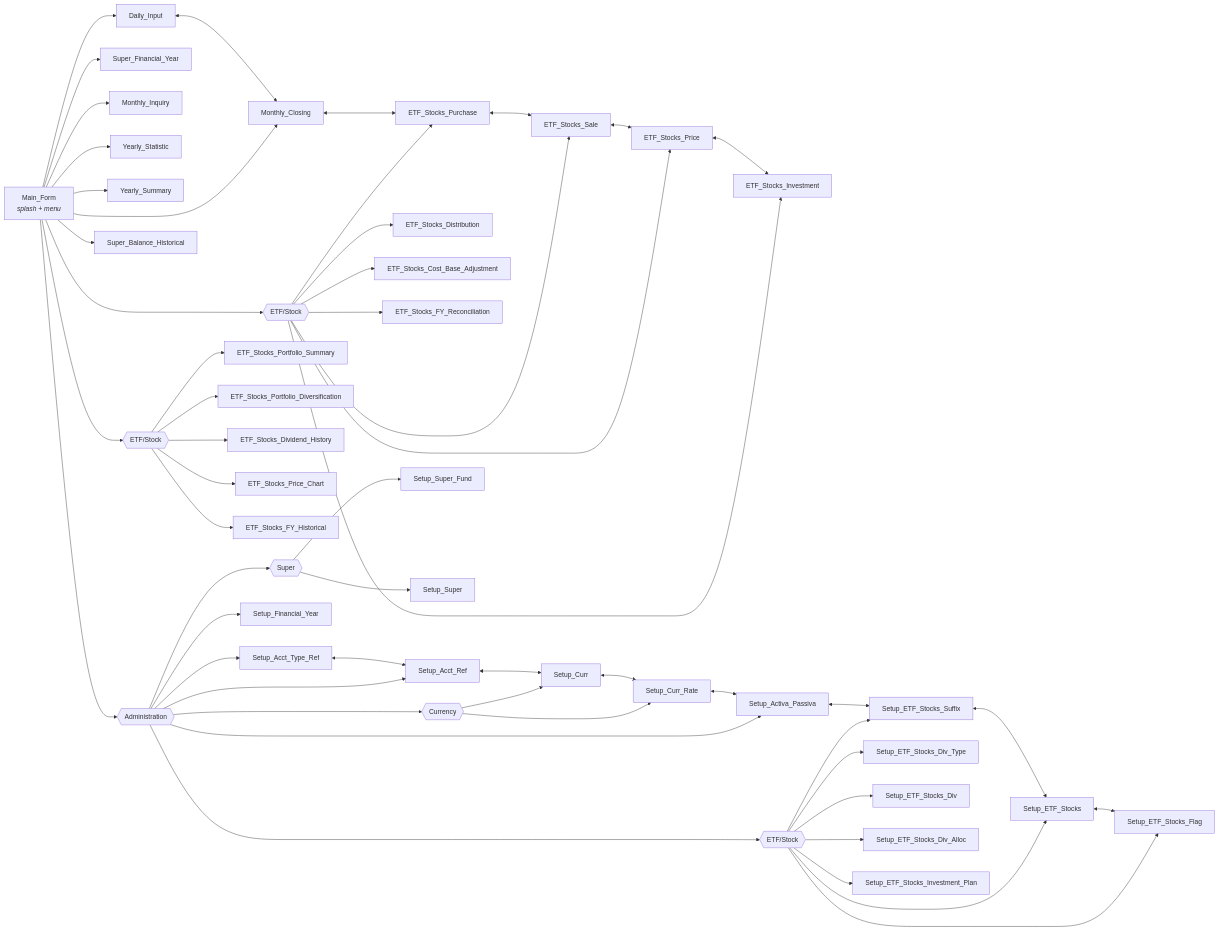
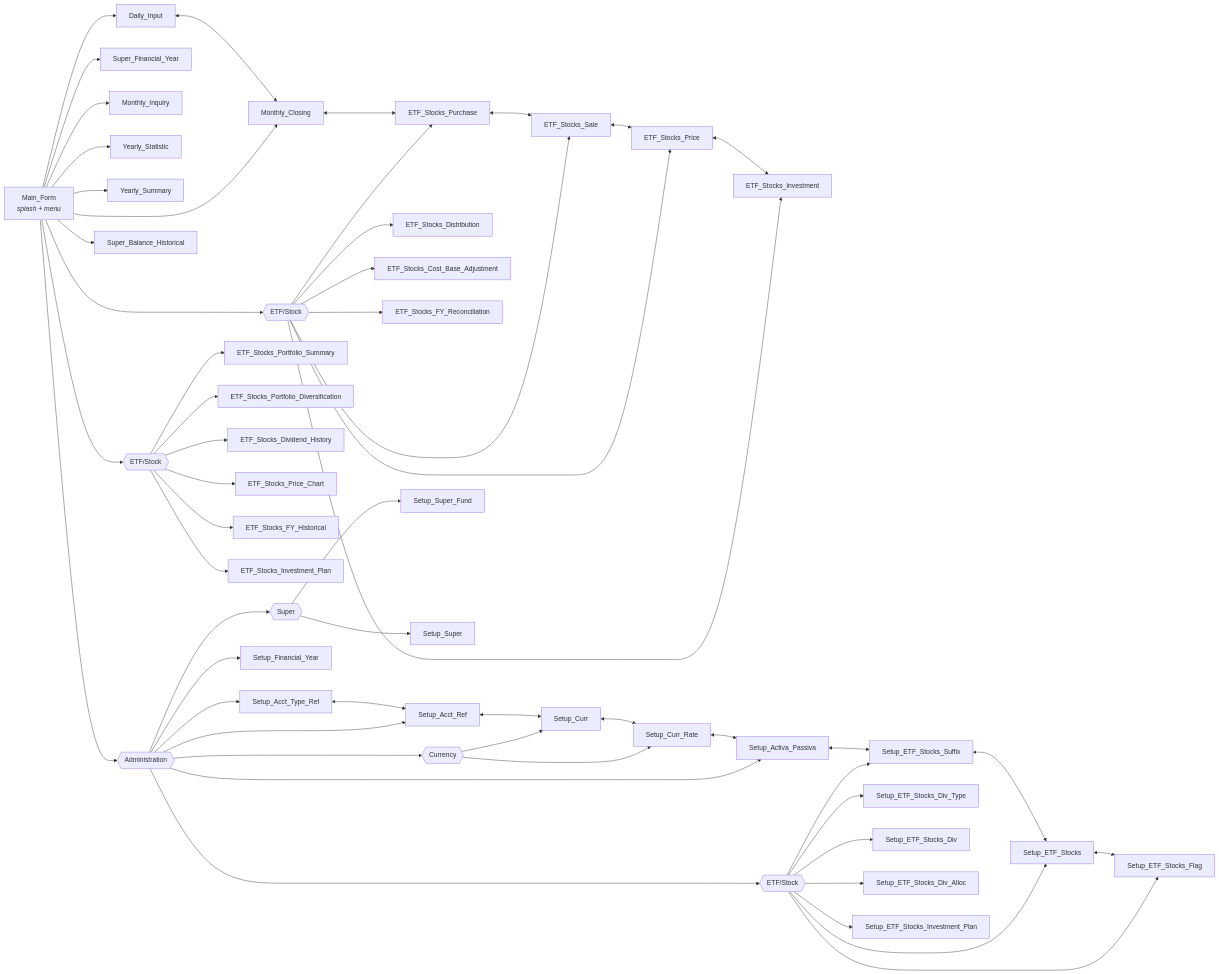
The second of 3 diagrams in README.md (oscar-rijadi/FinancialBalance), drawn with Mermaid before and after one commit. The commit also changed other lines of this file and 32 other files, not shown here.

Commit message:
Implement Stock Investment Plan

````diff
--- a/README.md
+++ b/README.md
@@ -106,60 +106,61 @@
 ```mermaid
 flowchart LR
     MAIN["Main_Form<br/><i>splash + menu</i>"]
 
     MAIN --> DI["Daily_Input"]
     MAIN --> MC["Monthly_Closing"]
     MAIN --> PETFG{{"ETF/Stock"}}
     PETFG --> ETP["ETF_Stocks_Price"]
     PETFG --> ETI["ETF_Stocks_Investment"]
     PETFG --> ETB["ETF_Stocks_Purchase"]
     PETFG --> ETS["ETF_Stocks_Sale"]
     PETFG --> ETD["ETF_Stocks_Distribution"]
     PETFG --> ECB["ETF_Stocks_Cost_Base_Adjustment"]
     PETFG --> ETR["ETF_Stocks_FY_Reconciliation"]
     MAIN --> SFYP["Super_Financial_Year"]
     MAIN --> MI["Monthly_Inquiry"]
     MAIN --> YT["Yearly_Statistic"]
     MAIN --> YS["Yearly_Summary"]
     MAIN --> PORTG{{"ETF/Stock"}}
     PORTG --> PSUM["ETF_Stocks_Portfolio_Summary"]
     PORTG --> PDIV["ETF_Stocks_Portfolio_Diversification"]
     PORTG --> PDVH["ETF_Stocks_Dividend_History"]
     PORTG --> PPCH["ETF_Stocks_Price_Chart"]
     PORTG --> PFYH["ETF_Stocks_FY_Historical"]
+    PORTG --> PIVP["ETF_Stocks_Investment_Plan"]
     MAIN --> SBH["Super_Balance_Historical"]
 
     MAIN --> ADMIN{{"Administration"}}
     ADMIN --> SATR["Setup_Acct_Type_Ref"]
     ADMIN --> SAR["Setup_Acct_Ref"]
     ADMIN --> CURG{{"Currency"}}
     CURG --> SC["Setup_Curr"]
     CURG --> SCR["Setup_Curr_Rate"]
     ADMIN --> SAP["Setup_Activa_Passiva"]
     ADMIN --> SFY["Setup_Financial_Year"]
     ADMIN --> ETFG{{"ETF/Stock"}}
     ETFG --> SES["Setup_ETF_Stocks_Suffix"]
     ETFG --> SET["Setup_ETF_Stocks"]
     ETFG --> SEF["Setup_ETF_Stocks_Flag"]
     ETFG --> SDT["Setup_ETF_Stocks_Div_Type"]
     ETFG --> SDV["Setup_ETF_Stocks_Div"]
     ETFG --> SDA["Setup_ETF_Stocks_Div_Alloc"]
     ETFG --> SIP["Setup_ETF_Stocks_Investment_Plan"]
     ADMIN --> SUPG{{"Super"}}
     SUPG --> SSF["Setup_Super_Fund"]
     SUPG --> SSU["Setup_Super"]
 
     DI <--> MC
     MC <--> ETB
     ETB <--> ETS
     ETS <--> ETP
     ETP <--> ETI
 
     SATR <--> SAR
     SAR <--> SC
     SC <--> SCR
     SCR <--> SAP
     SAP <--> SES
     SES <--> SET
     SET <--> SEF
 ```
````
